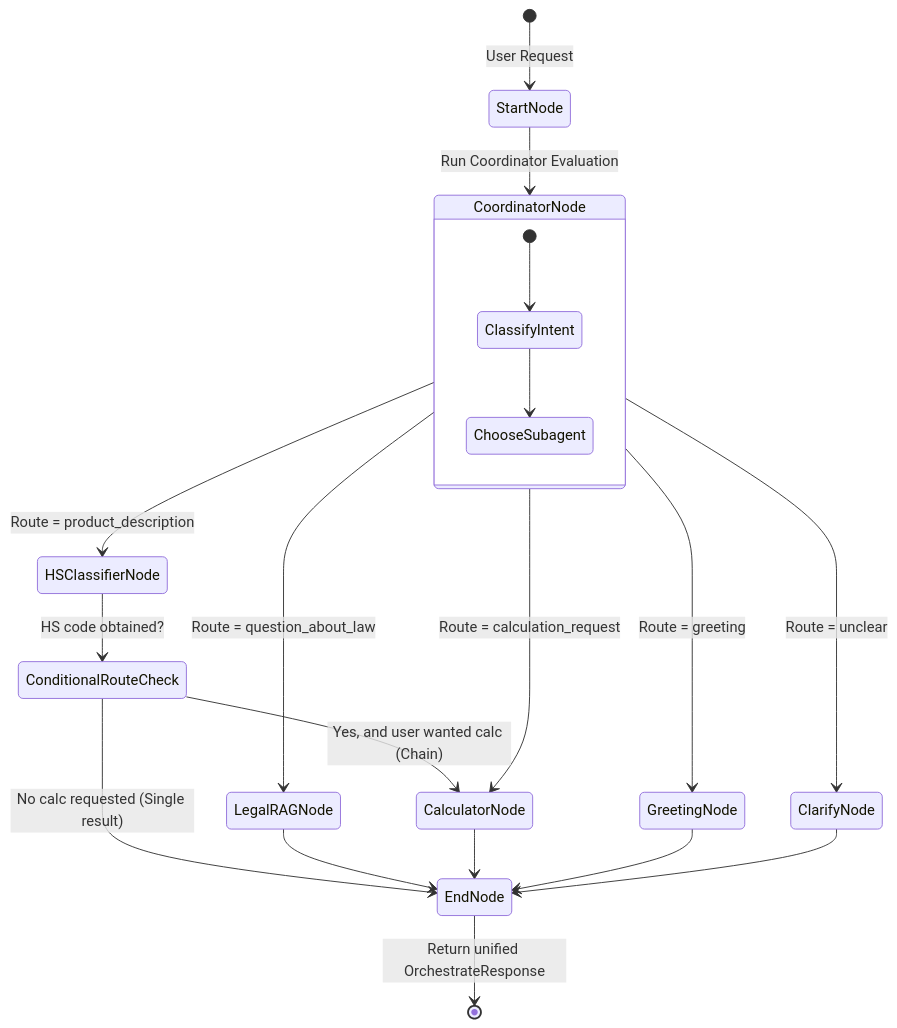
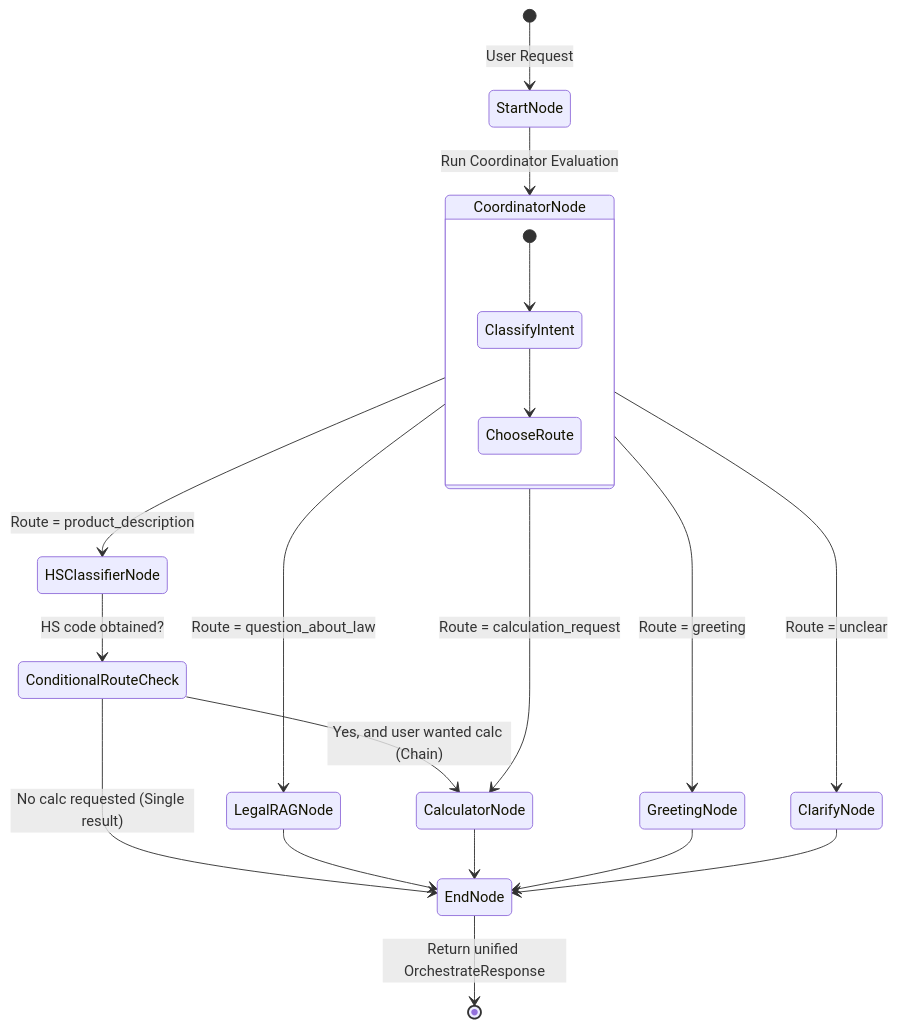
One commit to Laurentzius/smartkeden changed the second of 2 diagrams in flows/features/google_adk_orchestration_flow.md. Above: the diagram before and after it, drawn with Mermaid. The commit also changed other lines of this file and 32 other files, not shown here.

````diff
--- a/flows/features/google_adk_orchestration_flow.md
+++ b/flows/features/google_adk_orchestration_flow.md
@@ -71,27 +75,27 @@
 ```mermaid
 stateDiagram-v2
     [*] --> StartNode: User Request
     StartNode --> CoordinatorNode: Run Coordinator Evaluation
     
     state CoordinatorNode {
         [*] --> ClassifyIntent
-        ClassifyIntent --> ChooseSubagent
+        ClassifyIntent --> ChooseRoute
     }
     
     CoordinatorNode --> HSClassifierNode: Route = product_description
     CoordinatorNode --> LegalRAGNode: Route = question_about_law
     CoordinatorNode --> CalculatorNode: Route = calculation_request
     CoordinatorNode --> GreetingNode: Route = greeting
     CoordinatorNode --> ClarifyNode: Route = unclear
     
     HSClassifierNode --> ConditionalRouteCheck: HS code obtained?
     ConditionalRouteCheck --> CalculatorNode: Yes, and user wanted calc (Chain)
     ConditionalRouteCheck --> EndNode: No calc requested (Single result)
     
     LegalRAGNode --> EndNode
     CalculatorNode --> EndNode
     GreetingNode --> EndNode
     ClarifyNode --> EndNode
     
     EndNode --> [*]: Return unified OrchestrateResponse
 ```
````
